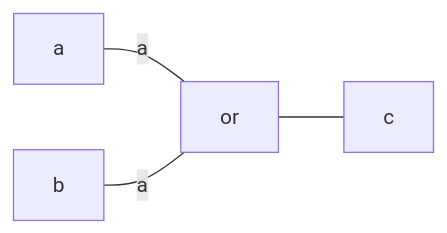
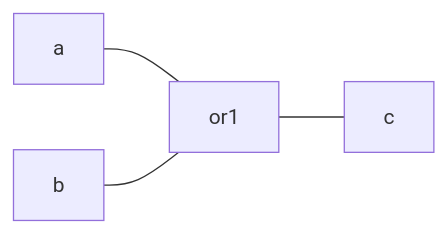
The diagram in CSDS 281 - Logic Design/HW/3/Tables.md (tnichols217/notes), drawn with Mermaid before and after one commit. The commit also changed 1 other file, not shown here.

Commit message:
vault backup: 2024-02-14 15:54:19

````diff
--- a/CSDS 281 - Logic Design/HW/3/Tables.md
+++ b/CSDS 281 - Logic Design/HW/3/Tables.md
@@ -14,7 +14,7 @@
 ```mermaid
 flowchart LR
 
-a ---|a| or
-b ---|a| or
-or --- c
+a --- or1
+b --- or1
+or1 --- c
 ```
````
